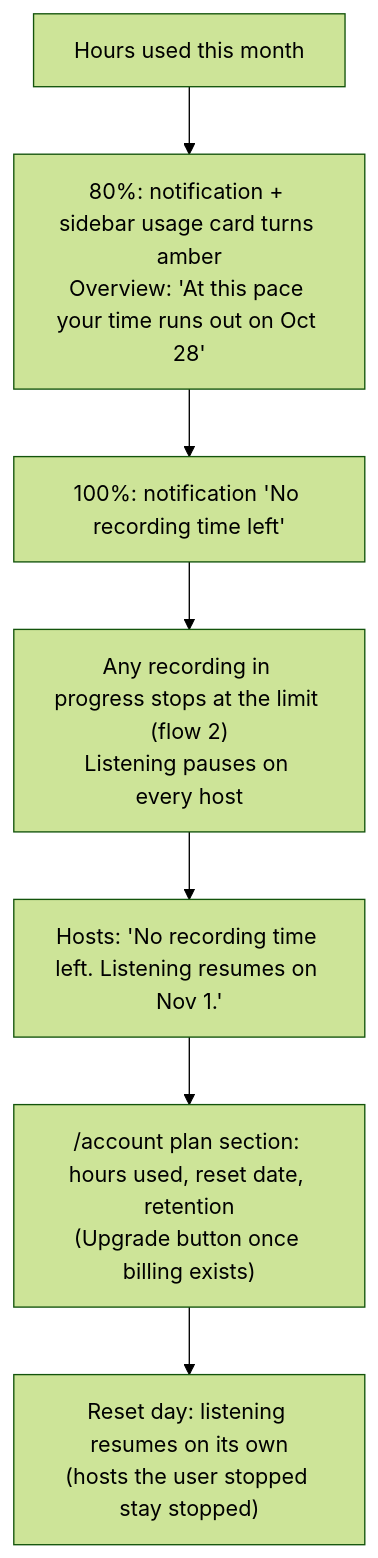
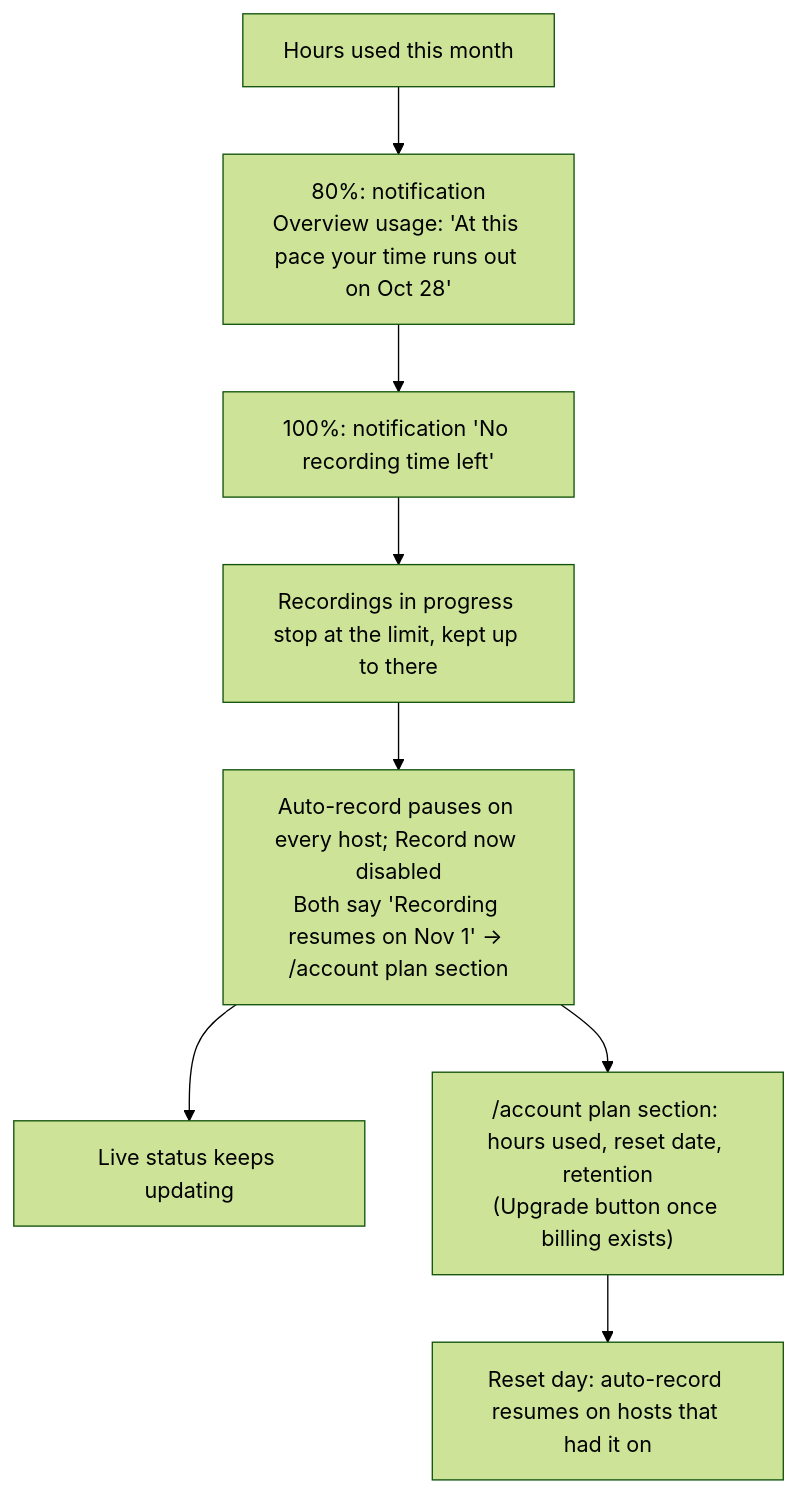
The eighth of 11 diagrams in docs/user-flows.md (binhld98/AutoRecordLive), drawn with Mermaid (forest theme) before and after one commit. The commit also changed other lines of this file, not shown here.

Commit message:
docs: revise user flows after review

````diff
--- a/docs/user-flows.md
+++ b/docs/user-flows.md
@@ -139,9 +219,10 @@
 ```mermaid
 flowchart TD
-  use["Hours used this month"] --> w80["80%: notification + sidebar usage card turns amber<br/>Overview: 'At this pace your time runs out on Oct 28'"]
+  use["Hours used this month"] --> w80["80%: notification<br/>Overview usage: 'At this pace your time runs out on Oct 28'"]
   w80 --> w100["100%: notification 'No recording time left'"]
-  w100 --> pause["Any recording in progress stops at the limit (flow 2)<br/>Listening pauses on every host"]
-  pause --> hostmsg["Hosts: 'No recording time left. Listening resumes on Nov 1.'"]
-  hostmsg --> plan["/account plan section: hours used, reset date, retention<br/>(Upgrade button once billing exists)"]
-  plan --> resetday["Reset day: listening resumes on its own<br/>(hosts the user stopped stay stopped)"]
+  w100 --> stop["Recordings in progress stop at the limit, kept up to there"]
+  stop --> pause["Auto-record pauses on every host; Record now disabled<br/>Both say 'Recording resumes on Nov 1' → /account plan section"]
+  pause --> checks["Live status keeps updating"]
+  pause --> plan["/account plan section: hours used, reset date, retention<br/>(Upgrade button once billing exists)"]
+  plan --> resetday["Reset day: auto-record resumes on hosts that had it on"]
 ```
````
